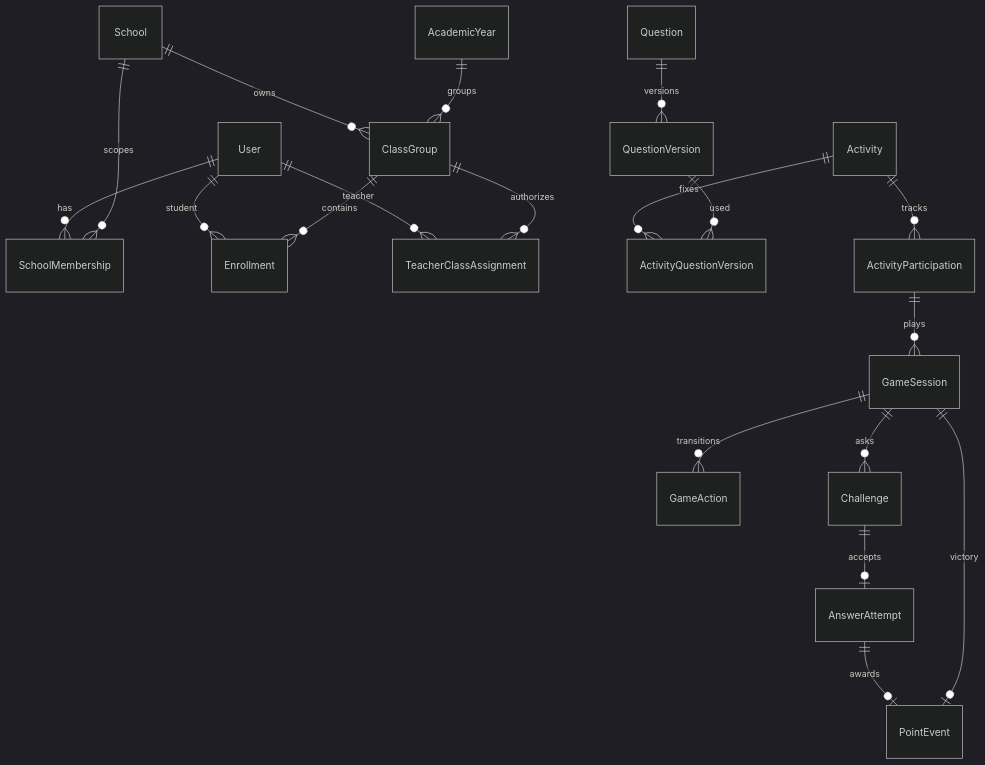
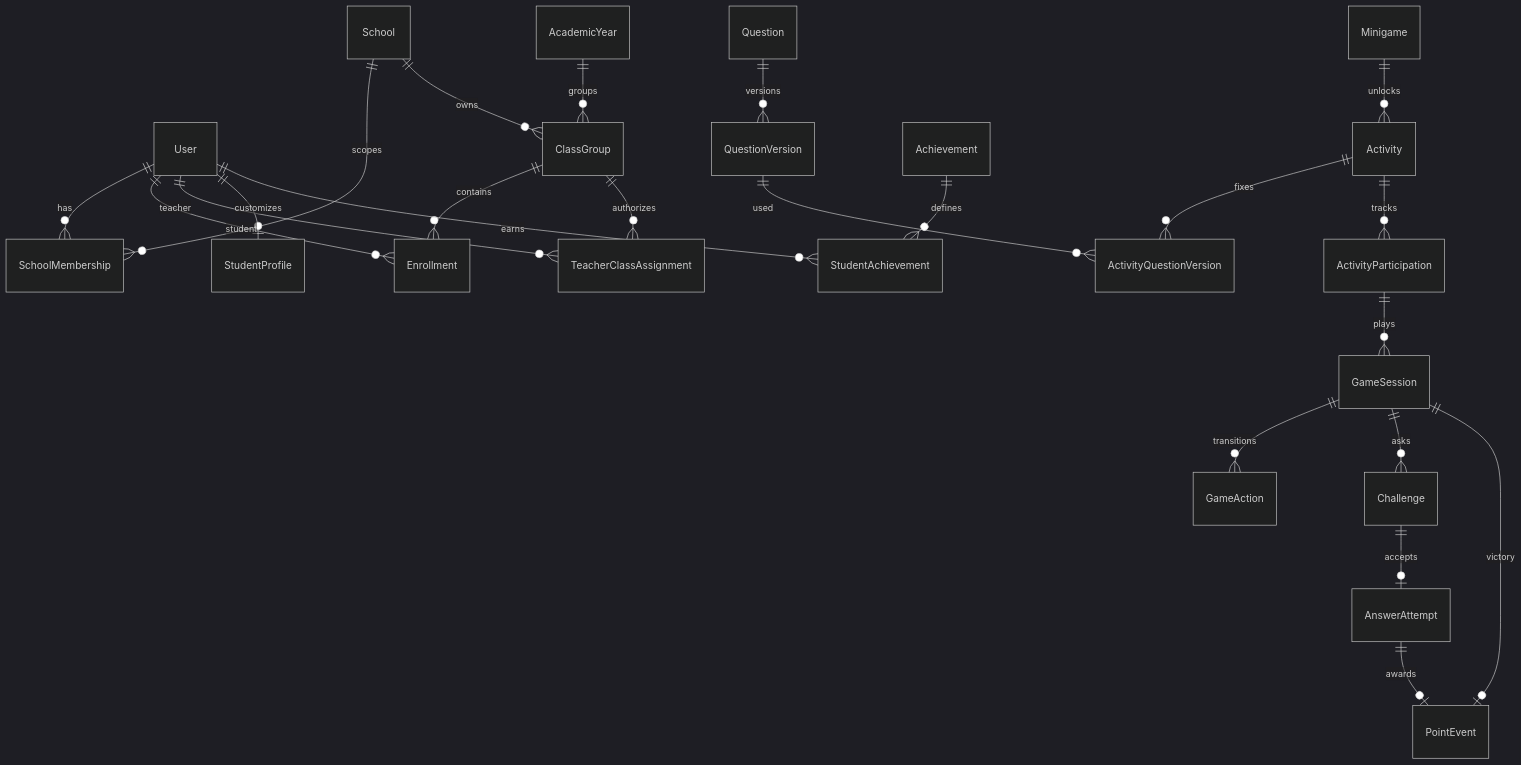
The diagram in docs/fluencia-matematica/02-data-model.md (luciano-mendesz9/fluencia-matematica-ludo), drawn with Mermaid (dark theme) before and after one commit. The commit also changed other lines of this file and 38 other files, not shown here.

````diff
--- a/docs/fluencia-matematica/02-data-model.md
+++ b/docs/fluencia-matematica/02-data-model.md
@@ -8,21 +8,25 @@
 ```mermaid
 erDiagram
   User ||--o{ SchoolMembership : has
   School ||--o{ SchoolMembership : scopes
   School ||--o{ ClassGroup : owns
   AcademicYear ||--o{ ClassGroup : groups
   User ||--o{ Enrollment : student
   ClassGroup ||--o{ Enrollment : contains
   User ||--o{ TeacherClassAssignment : teacher
   ClassGroup ||--o{ TeacherClassAssignment : authorizes
   Question ||--o{ QuestionVersion : versions
   Activity ||--o{ ActivityQuestionVersion : fixes
   QuestionVersion ||--o{ ActivityQuestionVersion : used
   Activity ||--o{ ActivityParticipation : tracks
   ActivityParticipation ||--o{ GameSession : plays
   GameSession ||--o{ GameAction : transitions
   GameSession ||--o{ Challenge : asks
   Challenge ||--o| AnswerAttempt : accepts
   AnswerAttempt ||--o| PointEvent : awards
   GameSession ||--o| PointEvent : victory
+  User ||--o| StudentProfile : customizes
+  User ||--o{ StudentAchievement : earns
+  Achievement ||--o{ StudentAchievement : defines
+  Minigame ||--o{ Activity : unlocks
 ```
````
